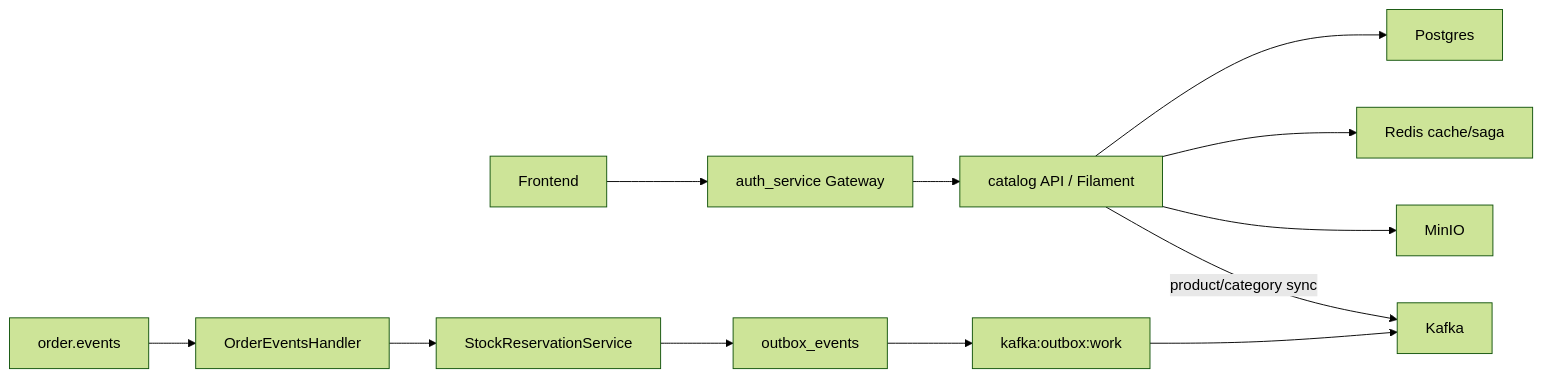
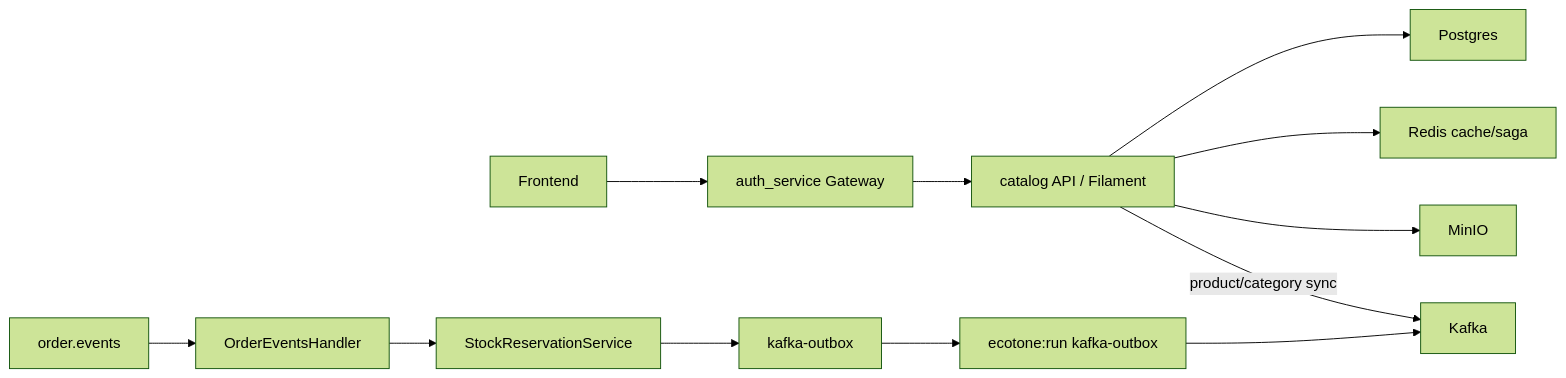
The first of 2 diagrams in catalog_service/README.md (ff1nk1/e_commerce_platform), drawn with Mermaid (forest theme) before and after one commit. The commit also changed other lines of this file and 262 other files, not shown here.

Commit message:
Сага/Кафка/Outbox/Inbox теперь работают через Ecotone, добавил outbox в остальные сервисы

````diff
--- a/catalog_service/README.md
+++ b/catalog_service/README.md
@@ -9,14 +9,14 @@
 ```mermaid
 flowchart LR
   FE["Frontend"] --> GW["auth_service Gateway"]
   GW --> API["catalog API / Filament"]
   API --> PG["Postgres"]
   API --> Redis["Redis cache/saga"]
   API --> MinIO["MinIO"]
   API -->|"product/category sync"| Kafka["Kafka"]
   Orders["order.events"] --> Consumer["OrderEventsHandler"]
   Consumer --> Reserve["StockReservationService"]
-  Reserve --> Outbox["outbox_events"]
-  Outbox --> Worker["kafka:outbox:work"]
+  Reserve --> Outbox["kafka-outbox"]
+  Outbox --> Worker["ecotone:run kafka-outbox"]
   Worker --> Kafka
 ```
````
